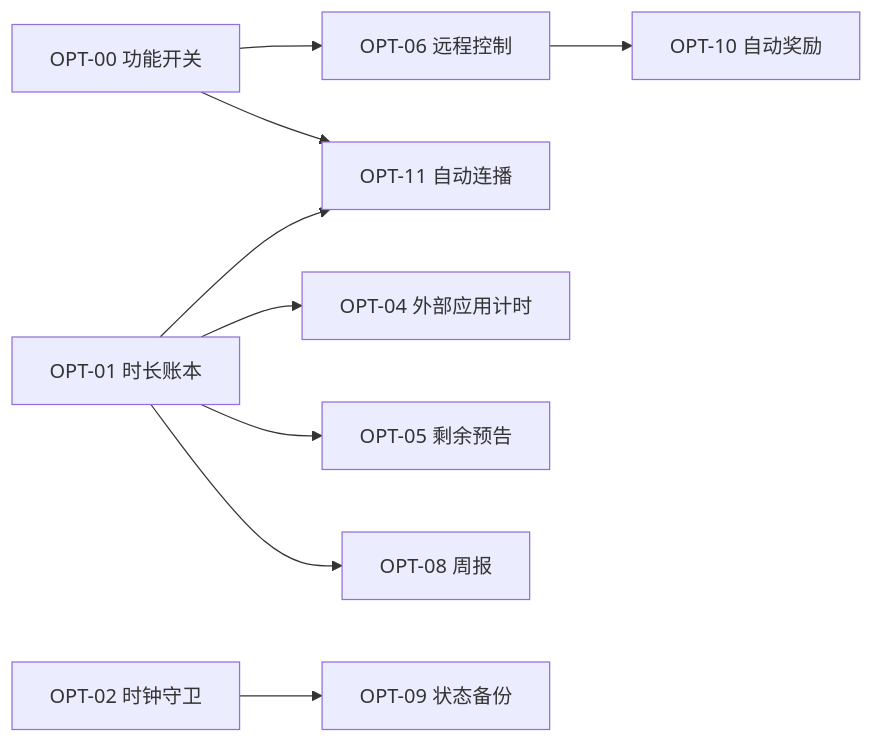
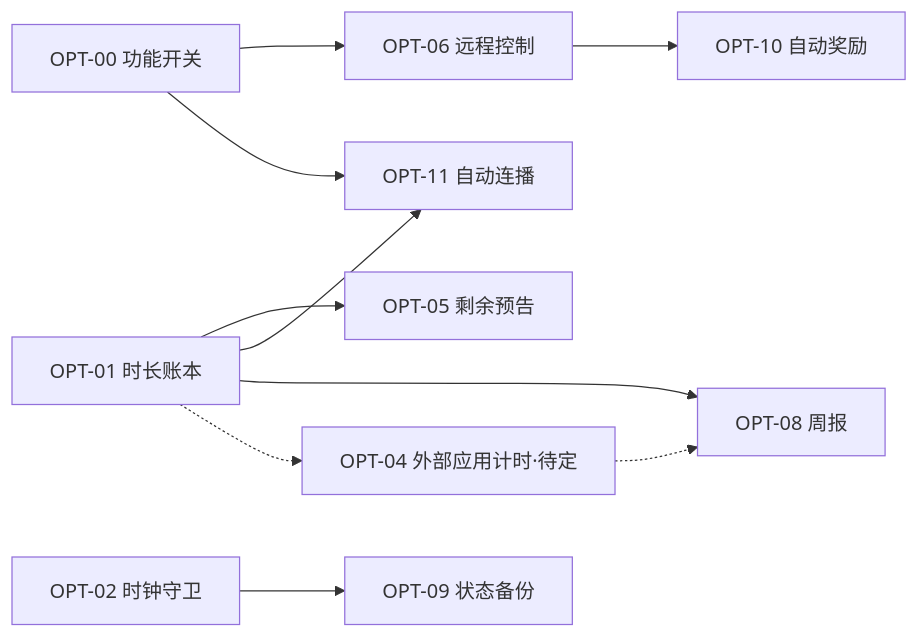
One commit to tang0758/KidTvCurated changed the diagram in docs/ROADMAP.md. Above: the diagram before and after it, drawn with Mermaid. The commit also changed other lines of this file and 1 other file, not shown here.

````diff
--- a/docs/ROADMAP.md
+++ b/docs/ROADMAP.md
@@ -206,11 +221,12 @@
 ```mermaid
 graph LR
   O00[OPT-00 功能开关] --> O06[OPT-06 远程控制]
   O00 --> O11[OPT-11 自动连播]
-  O01[OPT-01 时长账本] --> O04[OPT-04 外部应用计时]
-  O01 --> O05[OPT-05 剩余预告]
+  O01[OPT-01 时长账本] --> O05[OPT-05 剩余预告]
+  O01 --> O11
   O01 --> O08[OPT-08 周报]
-  O01 --> O11
   O02[OPT-02 时钟守卫] --> O09[OPT-09 状态备份]
   O06 --> O10[OPT-10 自动奖励]
+  O01 -.-> O04[OPT-04 外部应用计时·待定]
+  O04 -.-> O08
 ```
````
